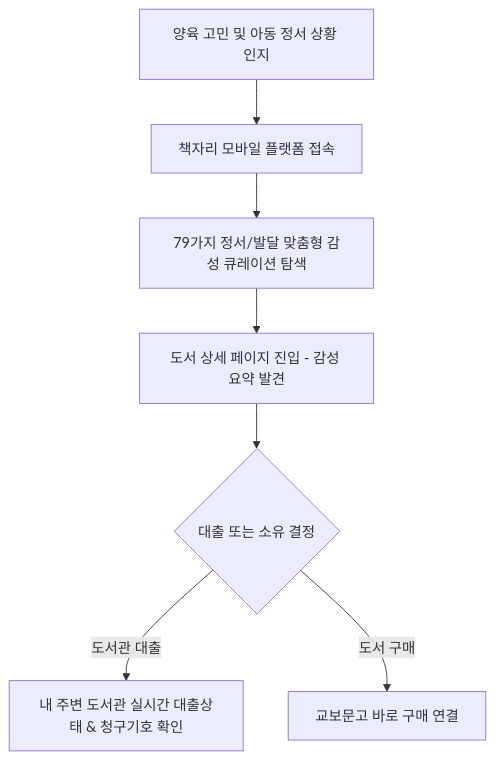
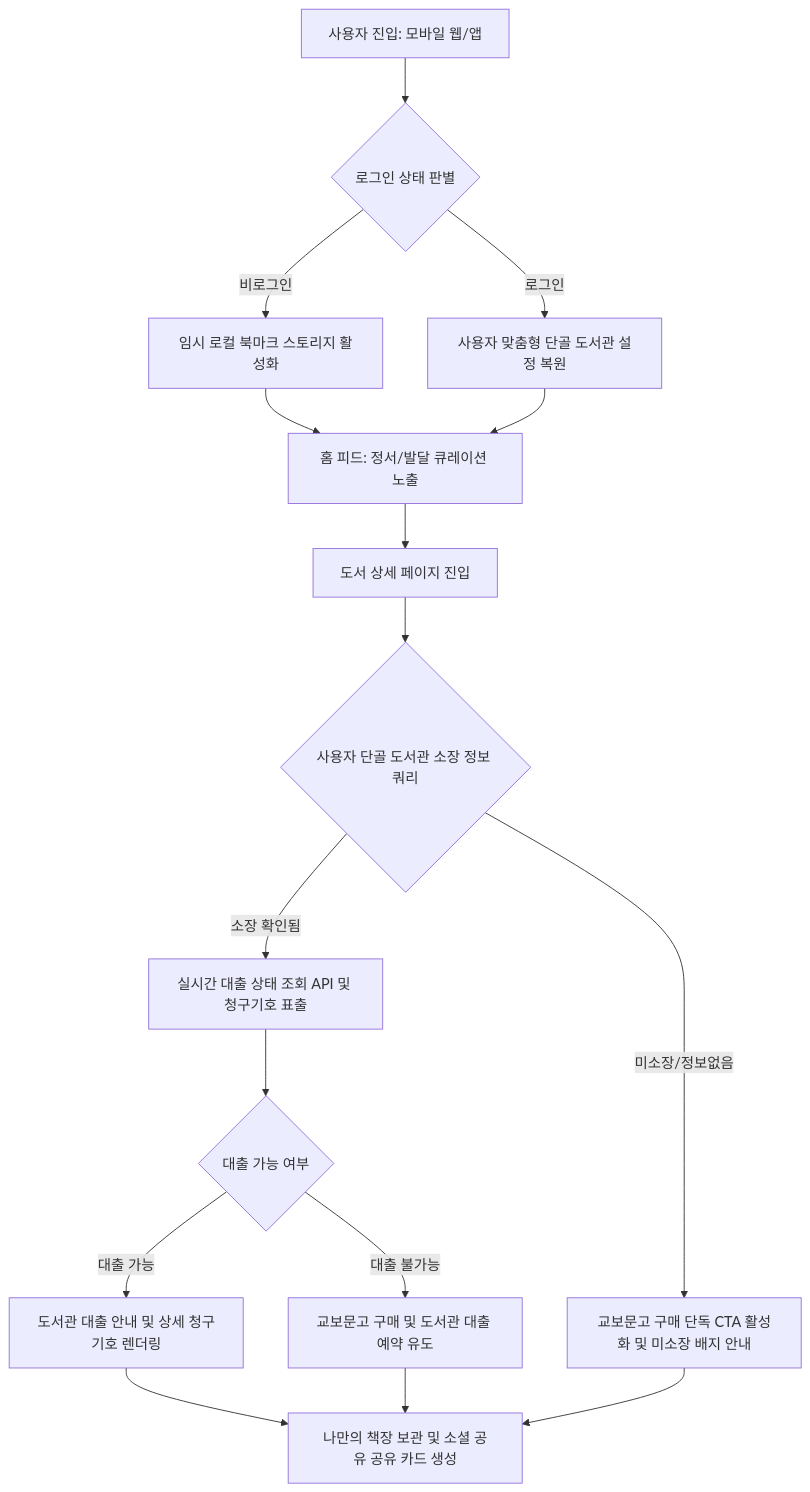
The diagram in docs/library_contest_proposal.md (Hanna033333/kids_library), drawn with Mermaid before and after one commit. The commit also changed other lines of this file and 1 other file, not shown here.

Commit message:
docs: 공모전 제안서 및 큐레이션 데이터 스크립트 업데이트

````diff
--- a/docs/library_contest_proposal.md
+++ b/docs/library_contest_proposal.md
@@ -22,9 +218,19 @@
 ```mermaid
 graph TD
-    A[양육 고민 및 아동 정서 상황 인지] --> B[책자리 모바일 플랫폼 접속]
-    B --> C[79가지 정서/발달 맞춤형 감성 큐레이션 탐색]
-    C --> D[도서 상세 페이지 진입 - 감성 요약 발견]
-    D --> E{대출 또는 소유 결정}
-    E -->|도서관 대출| F[내 주변 도서관 실시간 대출상태 & 청구기호 확인]
-    E -->|도서 구매| G[교보문고 바로 구매 연결]
+    A[사용자 진입: 모바일 웹/앱] --> B{로그인 상태 판별}
+    B -- 비로그인 --> C[임시 로컬 북마크 스토리지 활성화]
+    B -- 로그인 --> D[사용자 맞춤형 단골 도서관 설정 복원]
+    
+    C & D --> E[홈 피드: 정서/발달 큐레이션 노출]
+    E --> F[도서 상세 페이지 진입]
+    
+    F --> G{사용자 단골 도서관 소장 정보 쿼리}
+    G -- 소장 확인됨 --> H[실시간 대출 상태 조회 API 및 청구기호 표출]
+    G -- 미소장/정보없음 --> I[교보문고 구매 단독 CTA 활성화 및 미소장 배지 안내]
+    
+    H --> J{대출 가능 여부}
+    J -- 대출 가능 --> K[도서관 대출 안내 및 상세 청구기호 렌더링]
+    J -- 대출 불가능 --> L[교보문고 구매 및 도서관 대출 예약 유도]
+    
+    K & L & I --> M[나만의 책장 보관 및 소셜 공유 공유 카드 생성]
 ```
````
